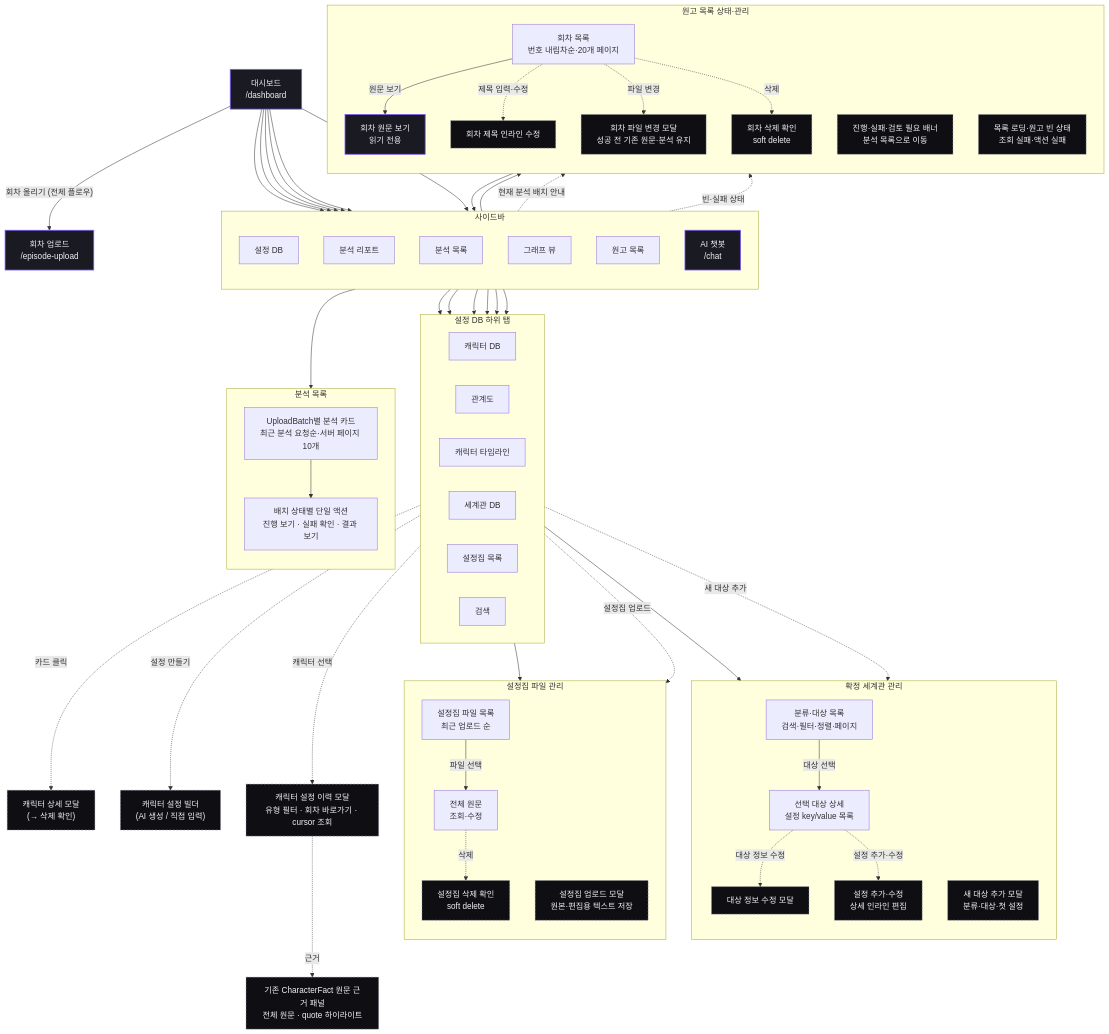
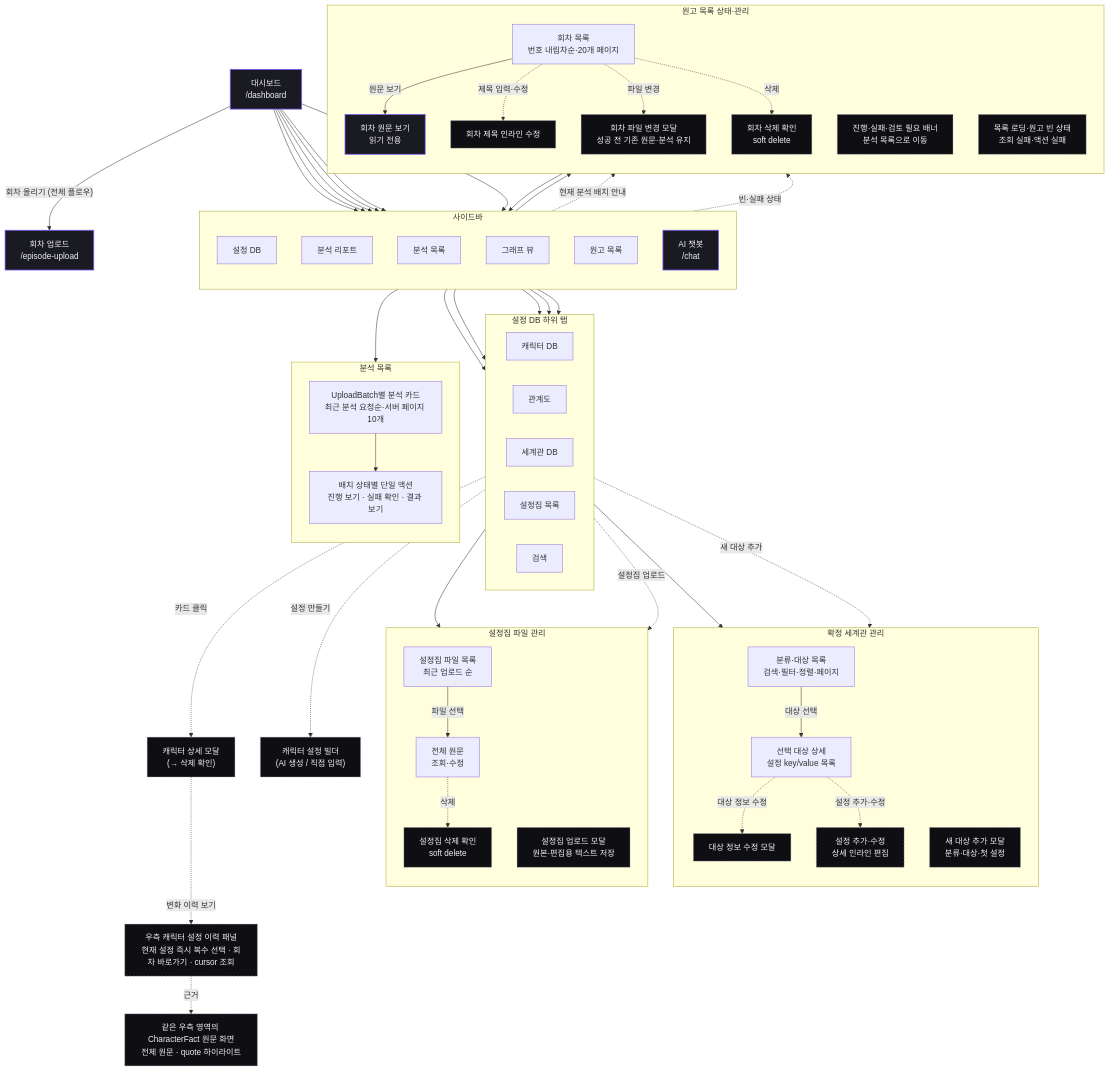
The fifth of 7 diagrams in docs/screen-flow.md (catchhole-soma/catchhole-front), drawn with Mermaid before and after one commit. The commit also changed other lines of this file and 3 other files, not shown here.

```diff
--- a/docs/screen-flow.md
+++ b/docs/screen-flow.md
@@ -258,12 +258,11 @@
     direction LR
     t_char["캐릭터 DB"]
     t_rel["관계도"]
-    t_time["캐릭터 타임라인"]
     t_worlddb["세계관 DB"]
     t_world["설정집 목록"]
     t_search["검색"]
   end
-  nav_settingDB --> t_char & t_worlddb & t_rel & t_time & t_world & t_search
+  nav_settingDB --> t_char & t_worlddb & t_rel & t_world & t_search
 
   subgraph ANALYSES["분석 목록"]
     direction TB
@@ -275,8 +274,8 @@
 
   t_char -. "카드 클릭" .-> m_chardetail["캐릭터 상세 모달<br/>(→ 삭제 확인)"]:::modal
   t_char -. "설정 만들기" .-> m_settings["캐릭터 설정 빌더<br/>(AI 생성 / 직접 입력)"]:::modal
-  t_time -. "캐릭터 선택" .-> m_chartimeline["캐릭터 설정 이력 모달<br/>유형 필터 · 회차 바로가기 · cursor 조회"]:::modal
-  m_chartimeline -. "근거" .-> m_timeline_evidence["기존 CharacterFact 원문 근거 패널<br/>전체 원문 · quote 하이라이트"]:::modal
+  m_chardetail -. "변화 이력 보기" .-> m_chartimeline["우측 캐릭터 설정 이력 패널<br/>현재 설정 즉시 복수 선택 · 회차 바로가기 · cursor 조회"]:::modal
+  m_chartimeline -. "근거" .-> m_timeline_evidence["같은 우측 영역의 CharacterFact 원문 화면<br/>전체 원문 · quote 하이라이트"]:::modal
 
   subgraph WORLD_SETTINGS["확정 세계관 관리"]
     direction TB
```
